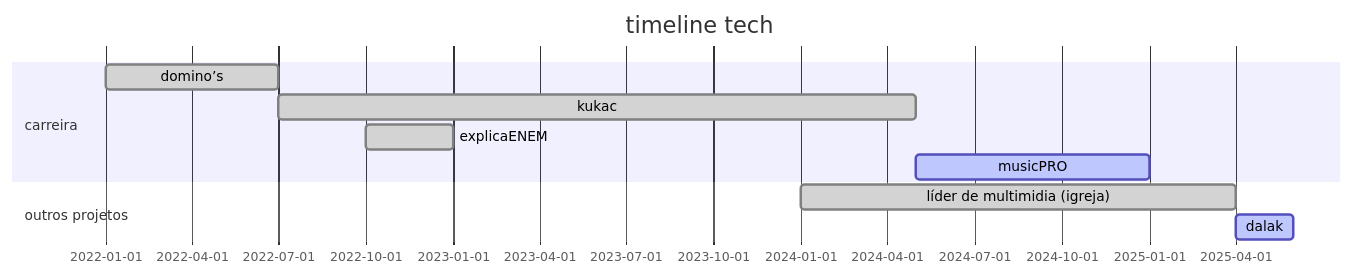
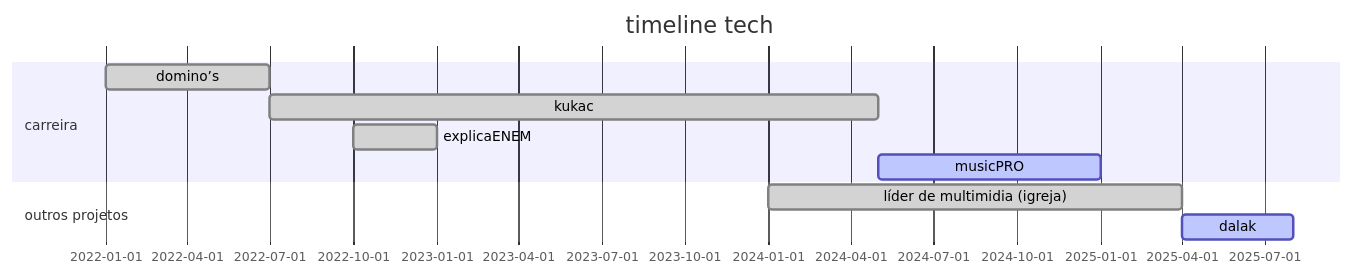
The diagram in README.md (devgustavovasquez/devgustavovasquez), drawn with Mermaid before and after one commit. The commit also changed other lines of this file, not shown here.

````diff
--- a/README.md
+++ b/README.md
@@ -6,17 +6,17 @@
 ```mermaid
 
 gantt
 dateFormat  YYYY-MM-DD
 title timeline tech
 
     section carreira
     domino’s                             :done,, 2022-01-01, 2022-07-01
     kukac                                :done,, 2022-07-01, 2024-05-01
     explicaENEM                          :done,, 2022-10-01, 2023-01-01
     musicPRO                             :active,, 2024-05-01, 2025-01-01
 
 
     section outros projetos
     líder de multimidia (igreja)         :done,, 2024-01-01, 2025-04-01
-    dalak                                :active,, 2025-04-01, 2025-06-01
+    dalak                                :active,, 2025-04-01, 2025-08-01
 ```
````
